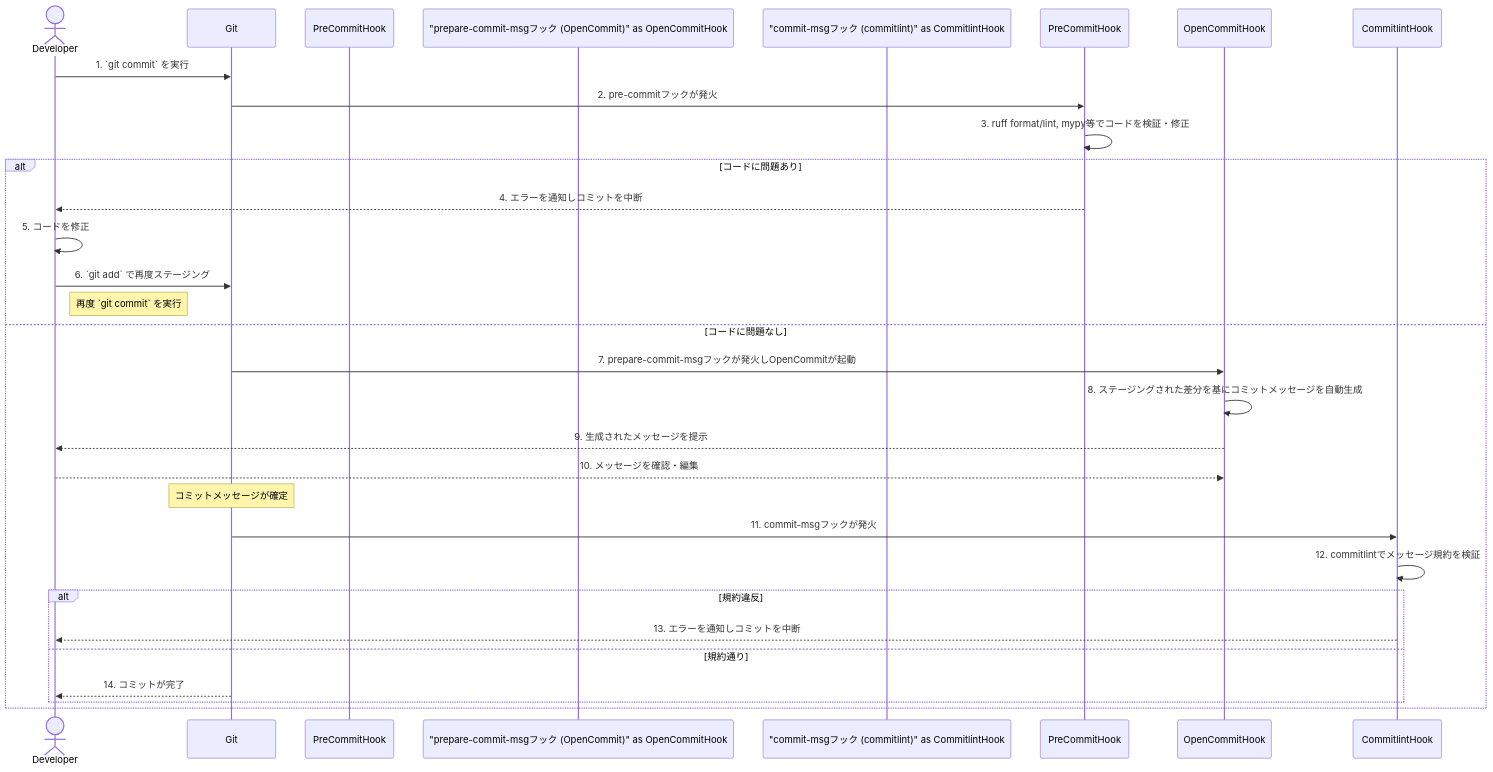
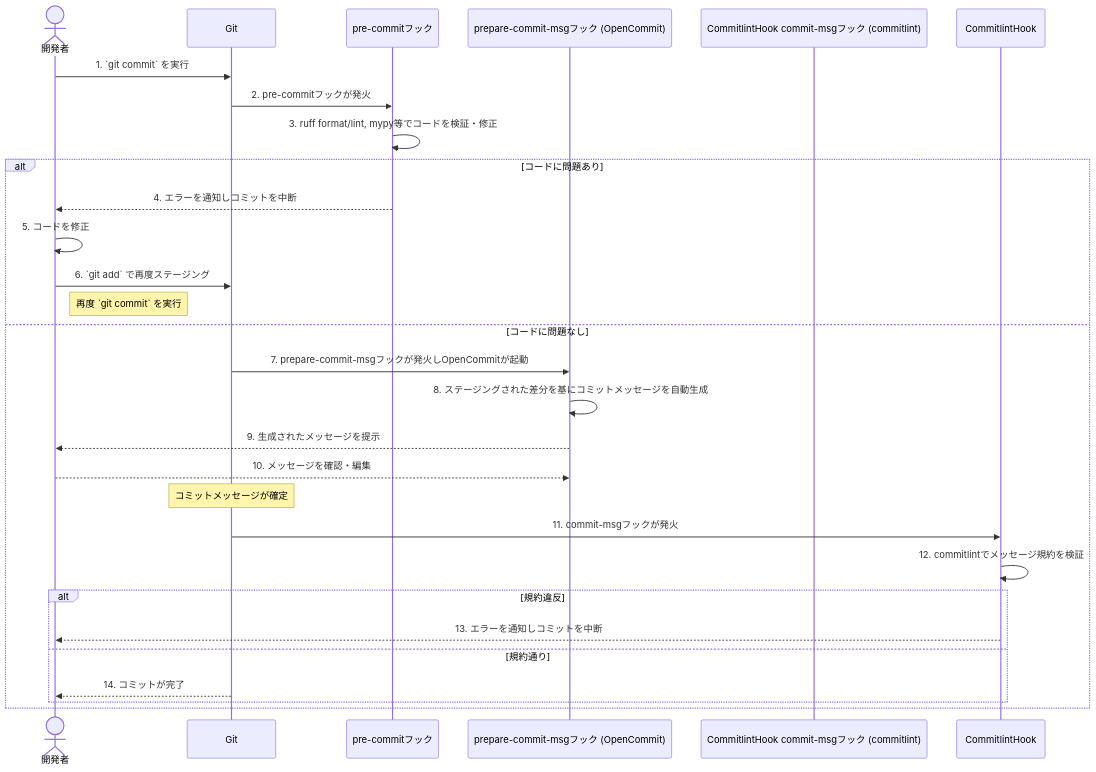
The second of 5 diagrams in docs/development.md (jkato530/python-project-template-test001), drawn with Mermaid before and after one commit.

Commit message:
docs: update sequence diagram labels / シーケンス図のラベルを更新する

````diff
--- a/docs/development.md
+++ b/docs/development.md
@@ -273,34 +273,34 @@
 ```mermaid
 sequenceDiagram
-    actor Developer
+    actor Developer as 開発者
     participant Git
-    participant "pre-commitフック" as PreCommitHook
-    participant "prepare-commit-msgフック (OpenCommit)" as OpenCommitHook
-    participant "commit-msgフック (commitlint)" as CommitlintHook
+    participant PreCommitHook as pre-commitフック
+    participant OpenCommitHook as prepare-commit-msgフック (OpenCommit)
+    participant CommitlintHook commit-msgフック (commitlint)
 
     Developer->>Git: 1. `git commit` を実行
 
     Git->>PreCommitHook: 2. pre-commitフックが発火
     PreCommitHook->>PreCommitHook: 3. ruff format/lint, mypy等でコードを検証・修正
     alt コードに問題あり
         PreCommitHook-->>Developer: 4. エラーを通知しコミットを中断
         Developer->>Developer: 5. コードを修正
         Developer->>Git: 6. `git add` で再度ステージング
         Note right of Developer: 再度 `git commit` を実行
     else コードに問題なし
         Git->>OpenCommitHook: 7. prepare-commit-msgフックが発火しOpenCommitが起動
         OpenCommitHook->>OpenCommitHook: 8. ステージングされた差分を基にコミットメッセージを自動生成
         OpenCommitHook-->>Developer: 9. 生成されたメッセージを提示
         Developer-->>OpenCommitHook: 10. メッセージを確認・編集
 
         Note over Git: コミットメッセージが確定
 
         Git->>CommitlintHook: 11. commit-msgフックが発火
         CommitlintHook->>CommitlintHook: 12. commitlintでメッセージ規約を検証
         alt 規約違反
             CommitlintHook-->>Developer: 13. エラーを通知しコミットを中断
         else 規約通り
             Git-->>Developer: 14. コミットが完了
         end
     end
 ```
````
